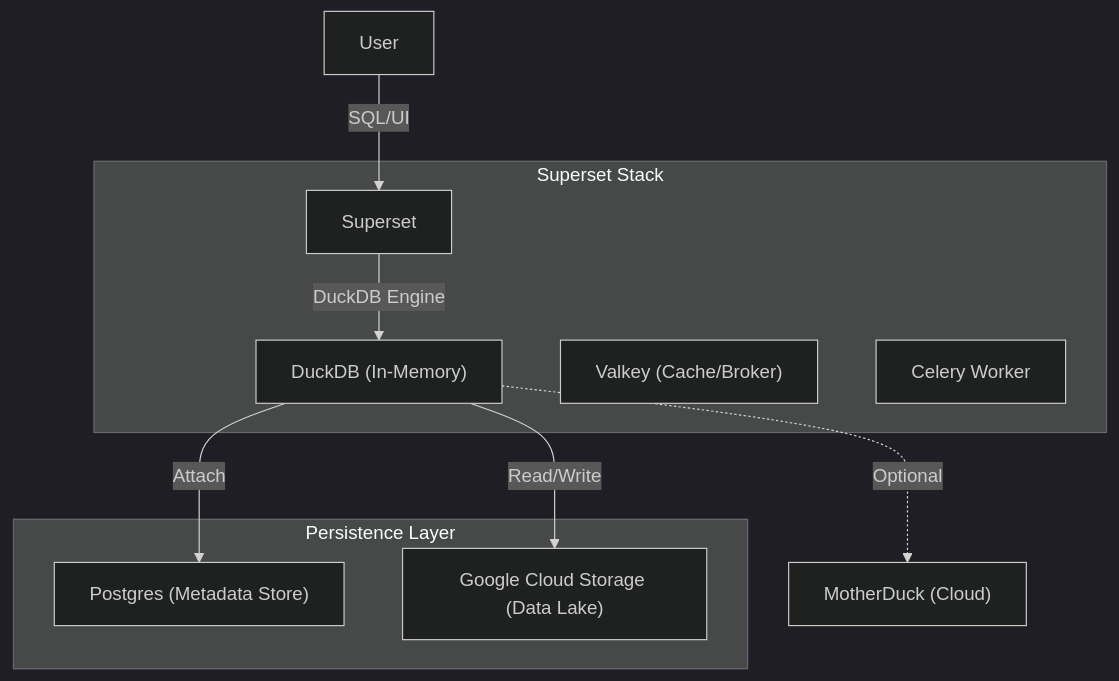
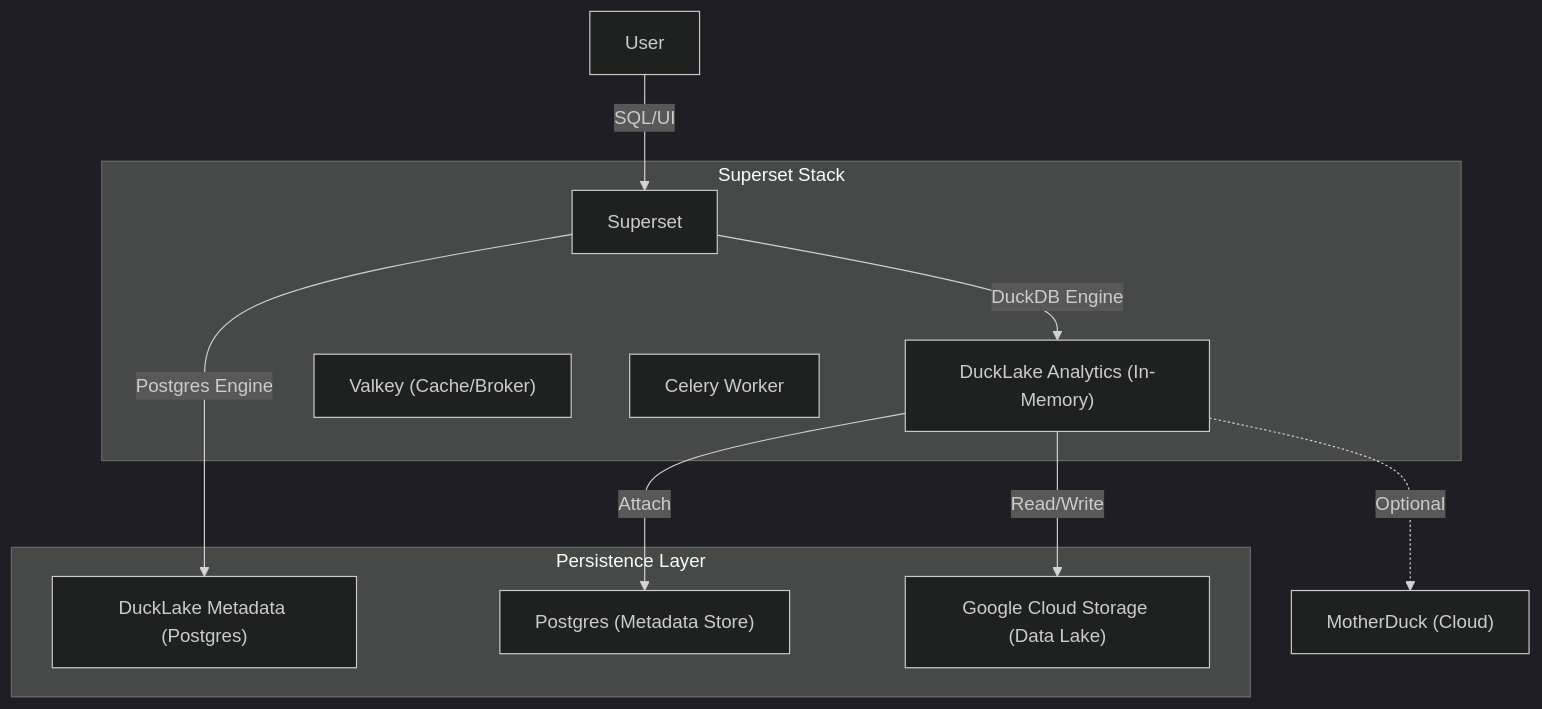
The diagram in README.md (chiqors/superset-ducklake), drawn with Mermaid (dark theme) before and after one commit. The commit also changed other lines of this file and 1 other file, not shown here.

First line of the commit message:
docs: update architecture diagram and usage guide

````diff
--- a/README.md
+++ b/README.md
@@ -10,20 +10,22 @@
 ```mermaid
 graph TD
     User[User] -->|SQL/UI| Superset
-    Superset -->|DuckDB Engine| DuckDB["DuckDB (In-Memory)"]
+    Superset -->|DuckDB Engine| DuckDB["DuckLake Analytics (In-Memory)"]
+    Superset -->|Postgres Engine| PGMetadata["DuckLake Metadata (Postgres)"]
     DuckDB -->|Attach| Postgres["Postgres (Metadata Store)"]
     DuckDB -->|Read/Write| GCS["Google Cloud Storage (Data Lake)"]
     DuckDB -.->|Optional| MotherDuck["MotherDuck (Cloud)"]
     
     subgraph "Superset Stack"
         Superset
         DuckDB
         Valkey["Valkey (Cache/Broker)"]
         Worker["Celery Worker"]
     end
     
     subgraph "Persistence Layer"
         Postgres
         GCS
+        PGMetadata
     end
 ```
````
